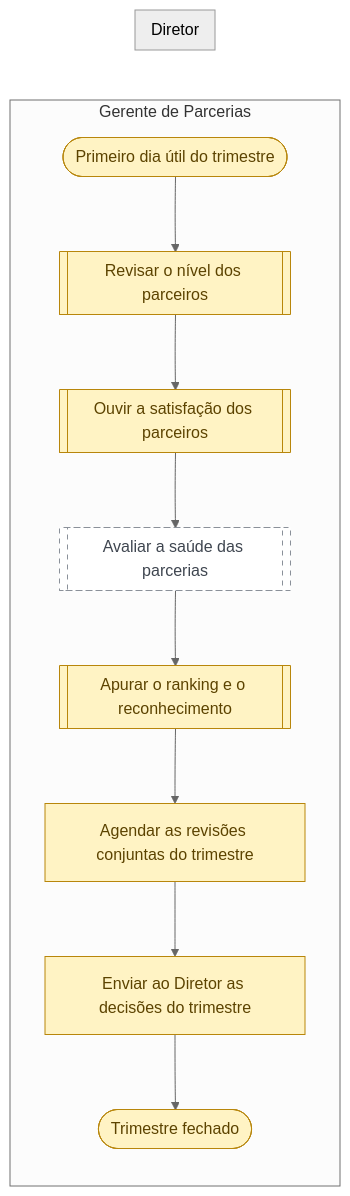
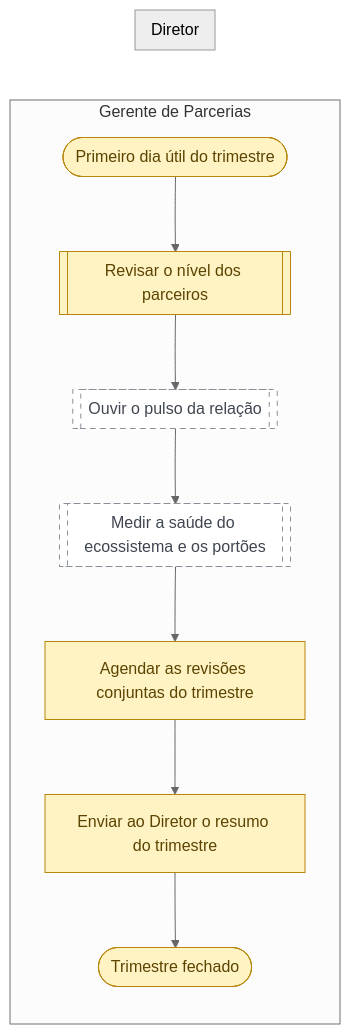
Before and after one commit to Guilherme-MFaccin/Wise-Partners: the diagram in mapeamentos/wise-partners-to-be/saidas/mermaid/fluxo-2-4-conduzir-o-fechamento-trimestral.mmd, drawn with Mermaid (neutral theme). The commit also changed 88 other files, not shown here.

```diff
--- a/mapeamentos/wise-partners-to-be/saidas/mermaid/fluxo-2-4-conduzir-o-fechamento-trimestral.mmd
+++ b/mapeamentos/wise-partners-to-be/saidas/mermaid/fluxo-2-4-conduzir-o-fechamento-trimestral.mmd
@@ -1,24 +1,22 @@
 flowchart LR
     classDef confirmado fill:#D9F2E1,stroke:#2F8F4E,color:#14532D
     classDef declarado fill:#FFF3C4,stroke:#B8860B,color:#5C4300
     classDef hipotese fill:#FFFFFF,stroke:#8A9099,color:#3F4650,stroke-dasharray: 5 5
     classDef contestado fill:#FDE2E1,stroke:#C53030,color:#7F1D1D
     subgraph raia_PA_01 ["Gerente de Parcerias"]
       n_i1(["Primeiro dia útil do trimestre"]):::declarado
       n_s1[["Revisar o nível dos parceiros"]]:::declarado
-      n_s2[["Ouvir a satisfação dos parceiros"]]:::declarado
-      n_s3[["Avaliar a saúde das parcerias"]]:::hipotese
-      n_s4[["Apurar o ranking e o reconhecimento"]]:::declarado
+      n_s2[["Ouvir o pulso da relação"]]:::hipotese
+      n_s3[["Medir a saúde do ecossistema e os portões"]]:::hipotese
       n_t1["Agendar as revisões conjuntas do trimestre"]:::declarado
-      n_t2["Enviar ao Diretor as decisões do trimestre"]:::declarado
+      n_t2["Enviar ao Diretor o resumo do trimestre"]:::declarado
       n_f1(["Trimestre fechado"]):::declarado
     end
     subgraph raia_PA_02 ["Diretor"]
     end
     n_i1 --> n_s1
     n_s1 --> n_s2
     n_s2 --> n_s3
-    n_s3 --> n_s4
-    n_s4 --> n_t1
+    n_s3 --> n_t1
     n_t1 --> n_t2
     n_t2 --> n_f1
```
